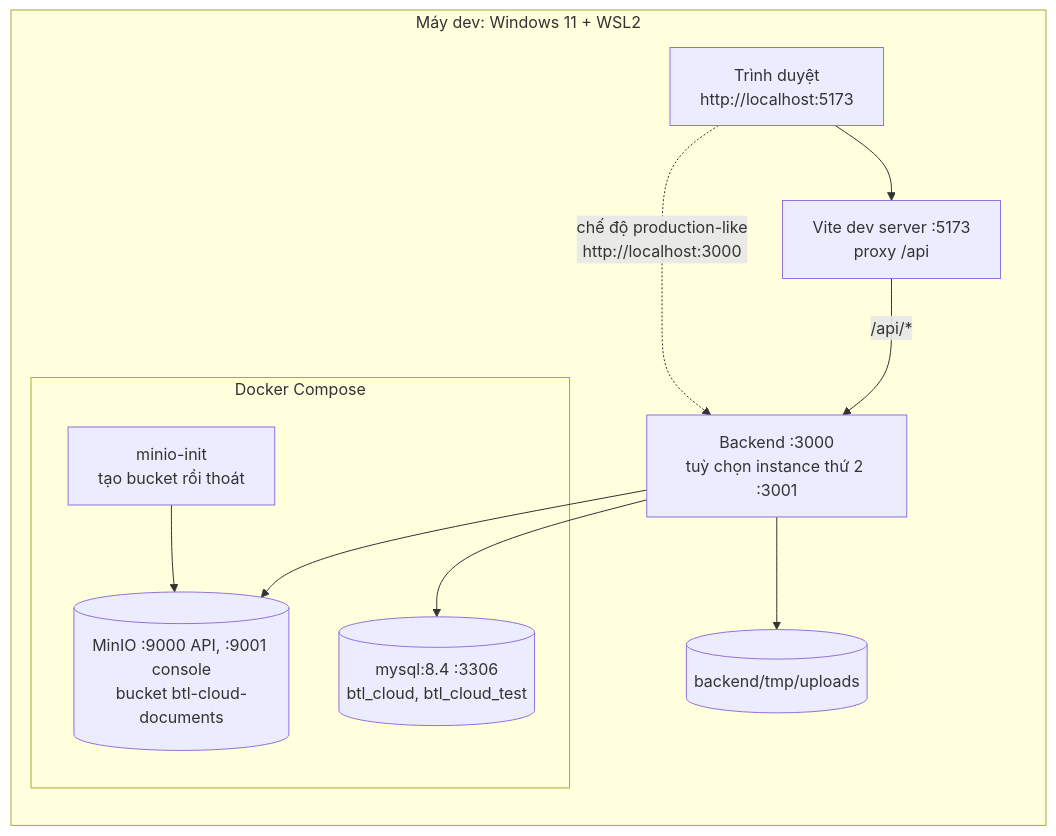
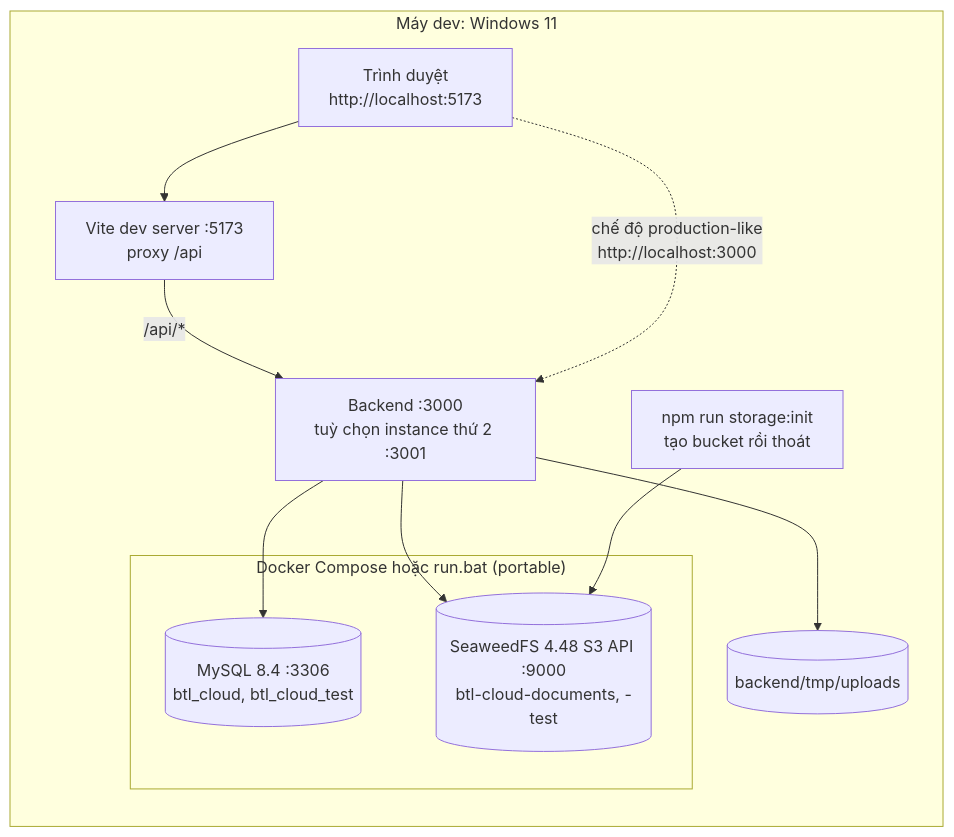
One commit to august0362/btl_cloud changed diagram 15 of 38 in docs/ARCHITECTURE.md. Above: the diagram before and after it, drawn with Mermaid. The commit also changed other lines of this file and 72 other files, not shown here.

````diff
--- a/docs/ARCHITECTURE.md
+++ b/docs/ARCHITECTURE.md
@@ -645,21 +651,21 @@
 ```mermaid
 flowchart LR
-  subgraph devbox["Máy dev: Windows 11 + WSL2"]
+  subgraph devbox["Máy dev: Windows 11"]
     browser["Trình duyệt<br/>http://localhost:5173"]
     vite["Vite dev server :5173<br/>proxy /api"]
     be["Backend :3000<br/>tuỳ chọn instance thứ 2 :3001"]
     tmp[("backend/tmp/uploads")]
-    subgraph compose["Docker Compose"]
-      mysql[("mysql:8.4 :3306<br/>btl_cloud, btl_cloud_test")]
-      minio[("MinIO :9000 API, :9001 console<br/>bucket btl-cloud-documents")]
-      init["minio-init<br/>tạo bucket rồi thoát"]
+    subgraph compose["Docker Compose hoặc run.bat (portable)"]
+      mysql[("MySQL 8.4 :3306<br/>btl_cloud, btl_cloud_test")]
+      weed[("SeaweedFS 4.48 S3 API :9000<br/>btl-cloud-documents, -test")]
     end
+    init["npm run storage:init<br/>tạo bucket rồi thoát"]
   end
   browser --> vite
   vite -->|"/api/*"| be
   browser -.->|"chế độ production-like<br/>http://localhost:3000"| be
   be --> mysql
-  be --> minio
+  be --> weed
   be --> tmp
-  init --> minio
+  init --> weed
 ```
````
